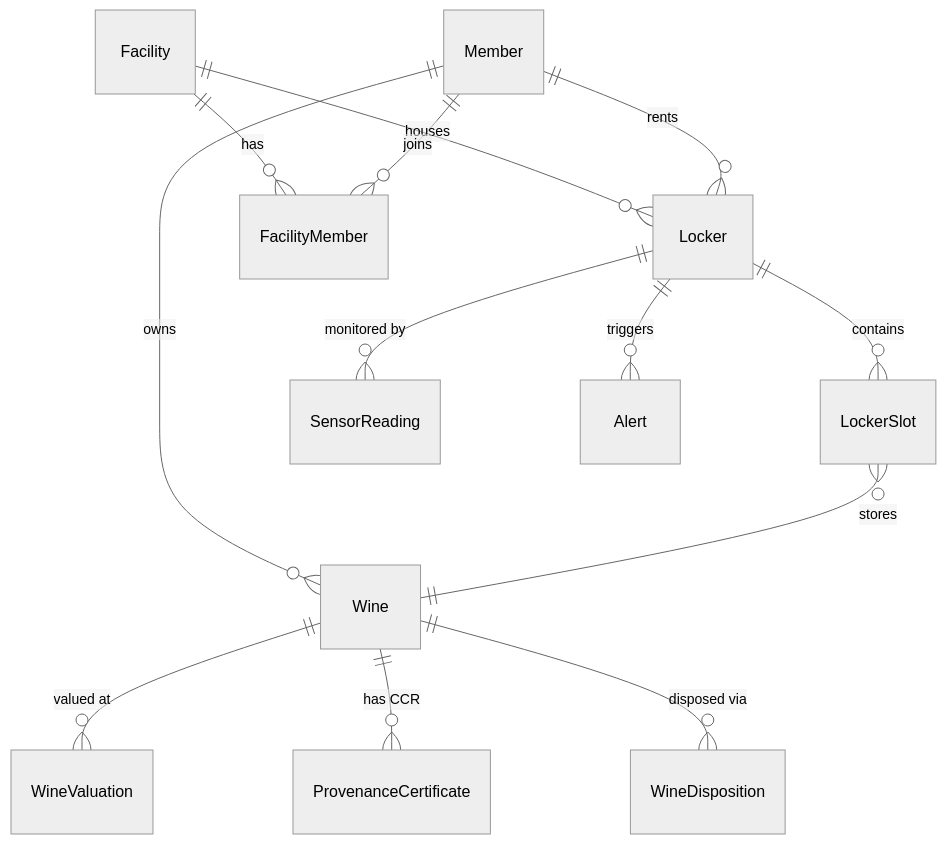
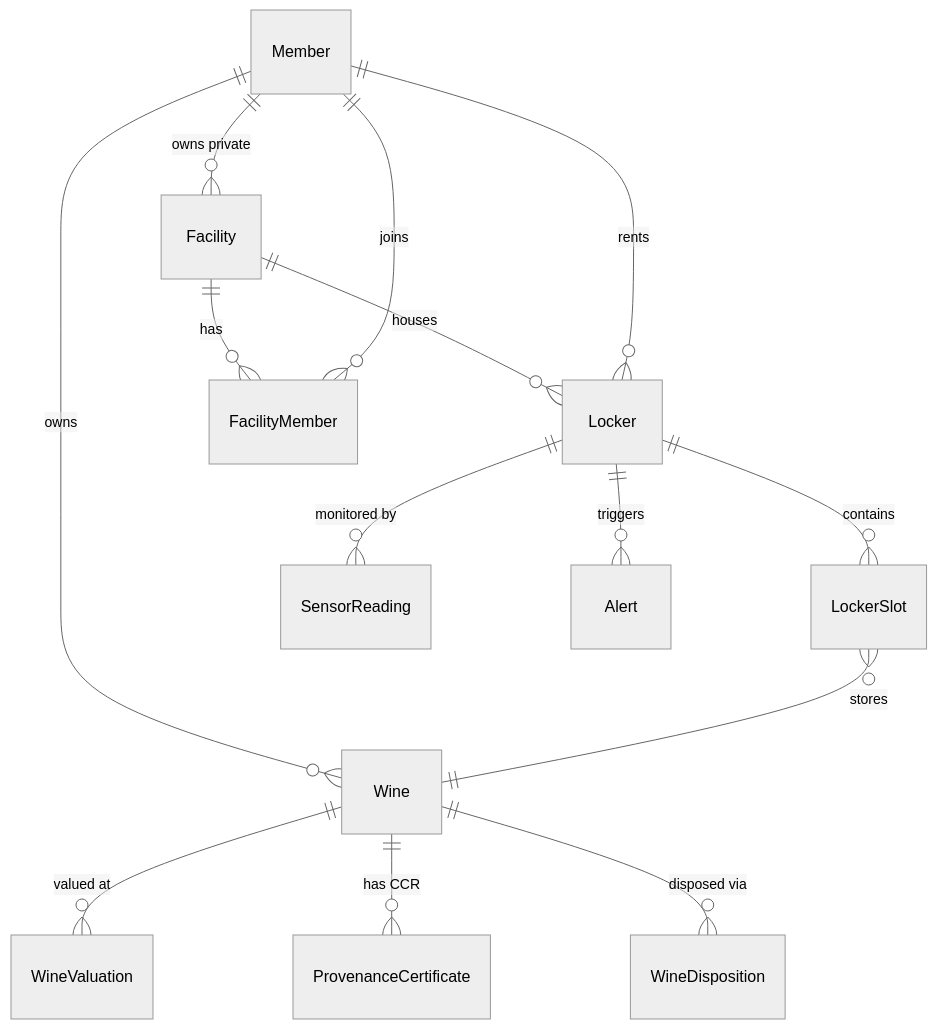
Before and after one commit to nathanielsohn/caveau-app: the diagram in docs/DATA_MODEL.md, drawn with Mermaid (neutral theme). The commit also changed other lines of this file and 26 other files, not shown here.

Commit message:
Add member-owned private locations

````diff
--- a/docs/DATA_MODEL.md
+++ b/docs/DATA_MODEL.md
@@ -16,19 +17,20 @@
 ```mermaid
 erDiagram
   Facility ||--o{ Locker : "houses"
   Facility ||--o{ FacilityMember : "has"
   Member ||--o{ FacilityMember : "joins"
+  Member ||--o{ Facility : "owns private"
 
   Member ||--o{ Wine : "owns"
   Member ||--o{ Locker : "rents"
 
   Locker ||--o{ LockerSlot : "contains"
   LockerSlot }o--|| Wine : "stores"
 
   Wine ||--o{ WineValuation : "valued at"
   Wine ||--o{ ProvenanceCertificate : "has CCR"
   Wine ||--o{ WineDisposition : "disposed via"
 
   Locker ||--o{ SensorReading : "monitored by"
   Locker ||--o{ Alert : "triggers"
 ```
````
